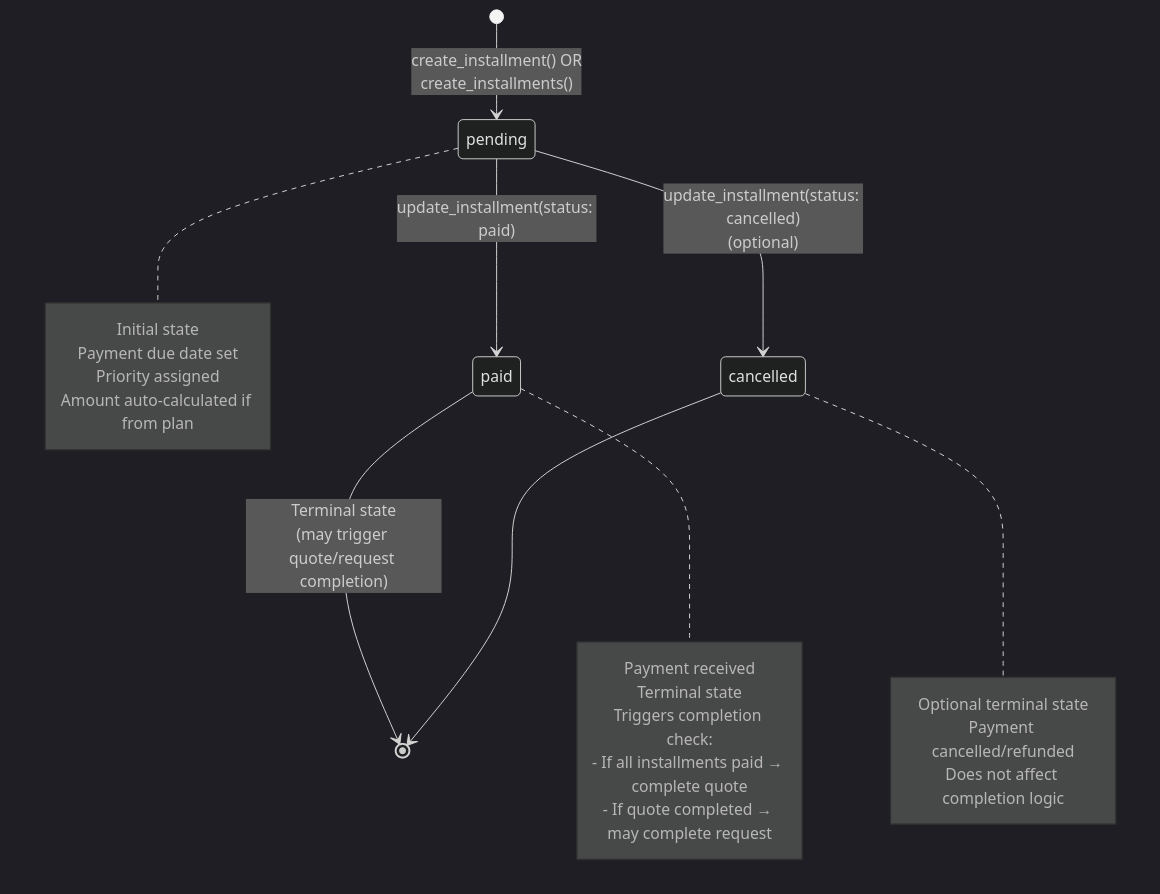
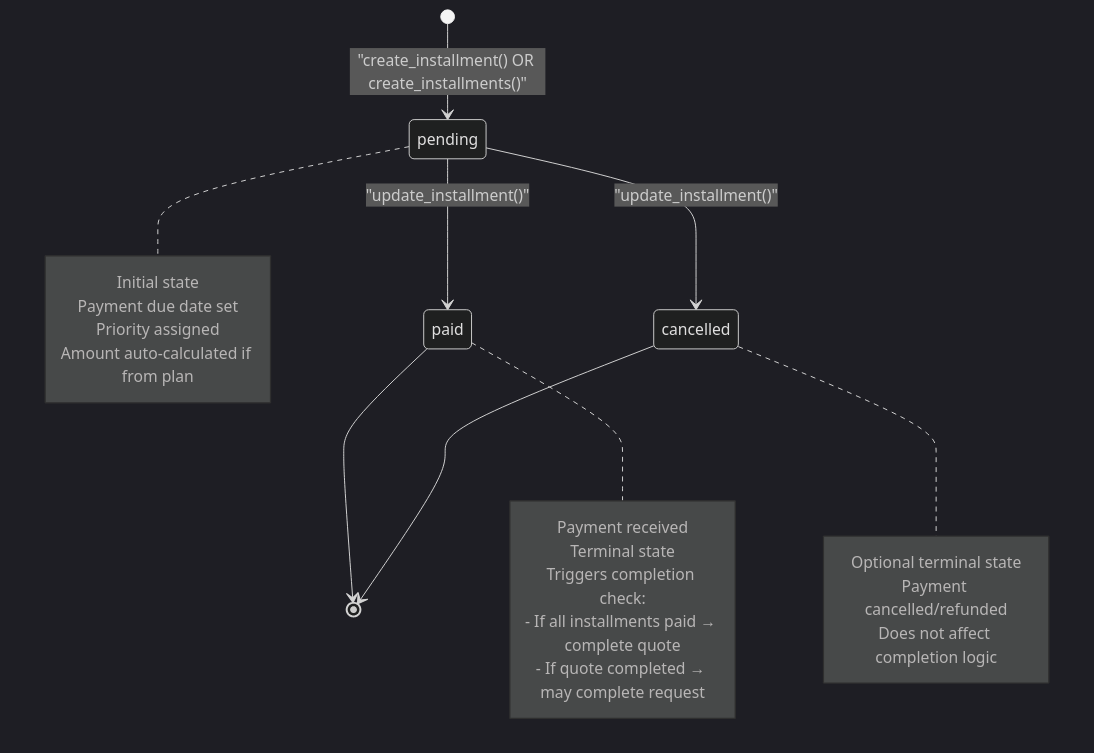
Diagram 13 of 16 in docs/DEVELOPMENT_PLAN.md (ideabosque/ai_rfq_engine), drawn with Mermaid (dark theme) before and after one commit. The commit also changed other lines of this file, not shown here.

Commit message:
Clarify state diagrams in development plan

````diff
--- a/docs/DEVELOPMENT_PLAN.md
+++ b/docs/DEVELOPMENT_PLAN.md
@@ -1390,33 +1390,33 @@
 ```mermaid
 stateDiagram-v2
-    [*] --> pending: create_installment() OR<br/>create_installments()
+    [*] --> pending: "create_installment() OR create_installments()"
 
-    pending --> paid: update_installment(status: paid)
+    pending --> paid: "update_installment()"
 
-    pending --> cancelled: update_installment(status: cancelled)<br/>(optional)
+    pending --> cancelled: "update_installment()"
 
-    paid --> [*]: Terminal state<br/>(may trigger quote/request completion)
+    paid --> [*]
 
     cancelled --> [*]
 
     note right of pending
         Initial state
         Payment due date set
         Priority assigned
         Amount auto-calculated if from plan
     end note
 
     note right of paid
         Payment received
         Terminal state
         Triggers completion check:
         - If all installments paid → complete quote
         - If quote completed → may complete request
     end note
 
     note right of cancelled
         Optional terminal state
         Payment cancelled/refunded
         Does not affect completion logic
     end note
 ```
````
